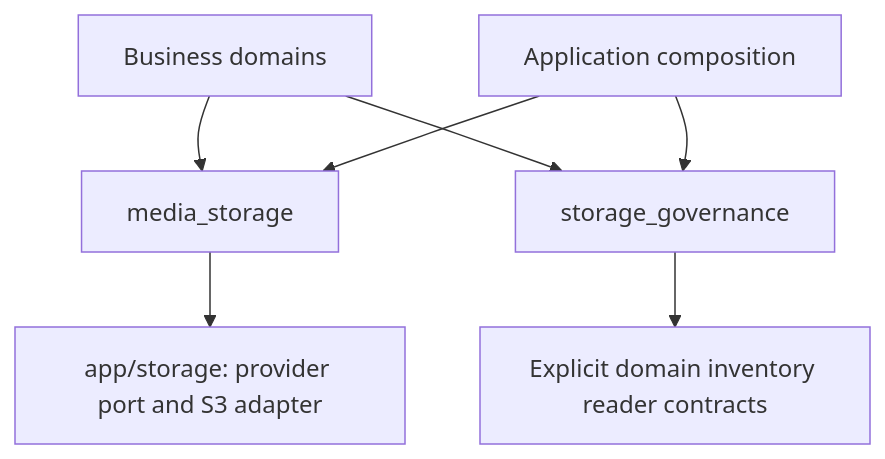
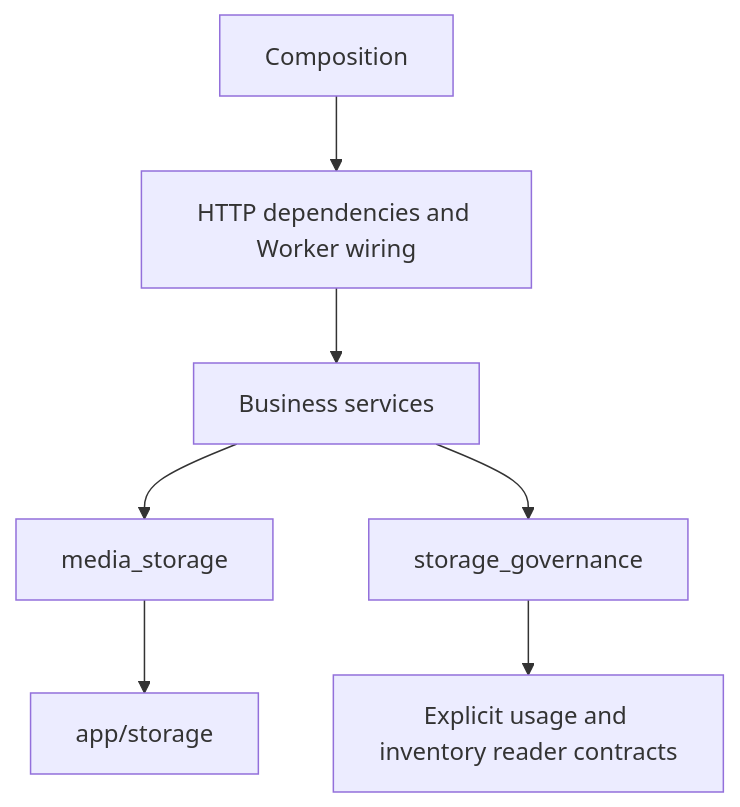
Before and after one commit to tinghui0912/NoteVerse-Pro: the diagram in docs/adr/0009-media-storage-refoundation.md, drawn with Mermaid. The commit also changed other lines of this file and 160 other files, not shown here.

Commit message:
refactor(storage): unify upload sessions and durable media delivery

````diff
--- a/docs/adr/0009-media-storage-refoundation.md
+++ b/docs/adr/0009-media-storage-refoundation.md
@@ -21,9 +14,9 @@
 ```mermaid
 flowchart TD
-    Business[Business domains] --> Media[media_storage]
+    Composition --> API[HTTP dependencies and Worker wiring]
+    API --> Business[Business services]
+    Business --> Media[media_storage]
     Business --> Governance[storage_governance]
-    Composition[Application composition] --> Media
-    Composition --> Governance
-    Media --> Provider[app/storage: provider port and S3 adapter]
-    Governance --> Inventory[Explicit domain inventory reader contracts]
+    Media --> Provider[app/storage]
+    Governance --> Readers[Explicit usage and inventory reader contracts]
 ```
````
